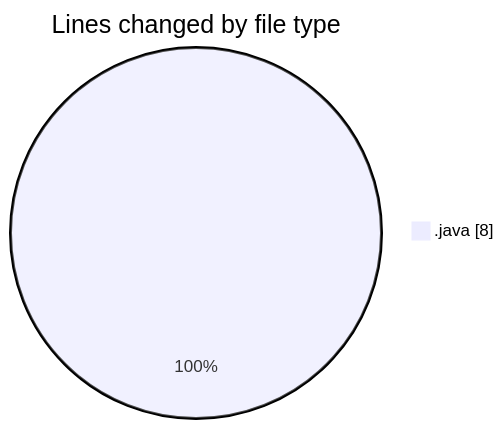
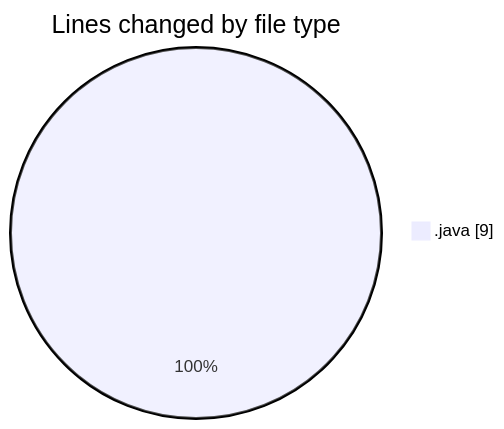
The first of 2 diagrams in 2025-02-05/computer_202/README.md (NitaiMahat/code-tracking), drawn with Mermaid before and after one commit. The commit also changed other lines of this file and 1 other file, not shown here.

````diff
--- a/2025-02-05/computer_202/README.md
+++ b/2025-02-05/computer_202/README.md
@@ -21,5 +21,5 @@
 ```mermaid
 pie showData
 title Lines changed by file type
-".java" : 8
+".java" : 9
 ```
````
